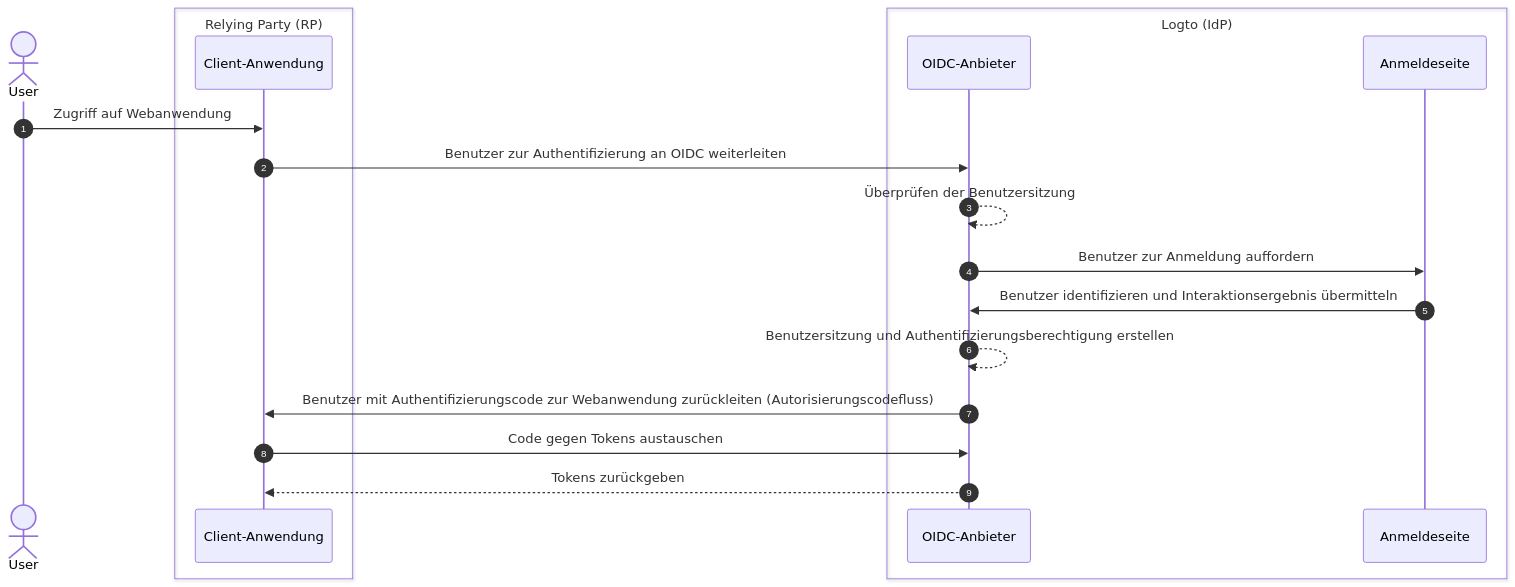
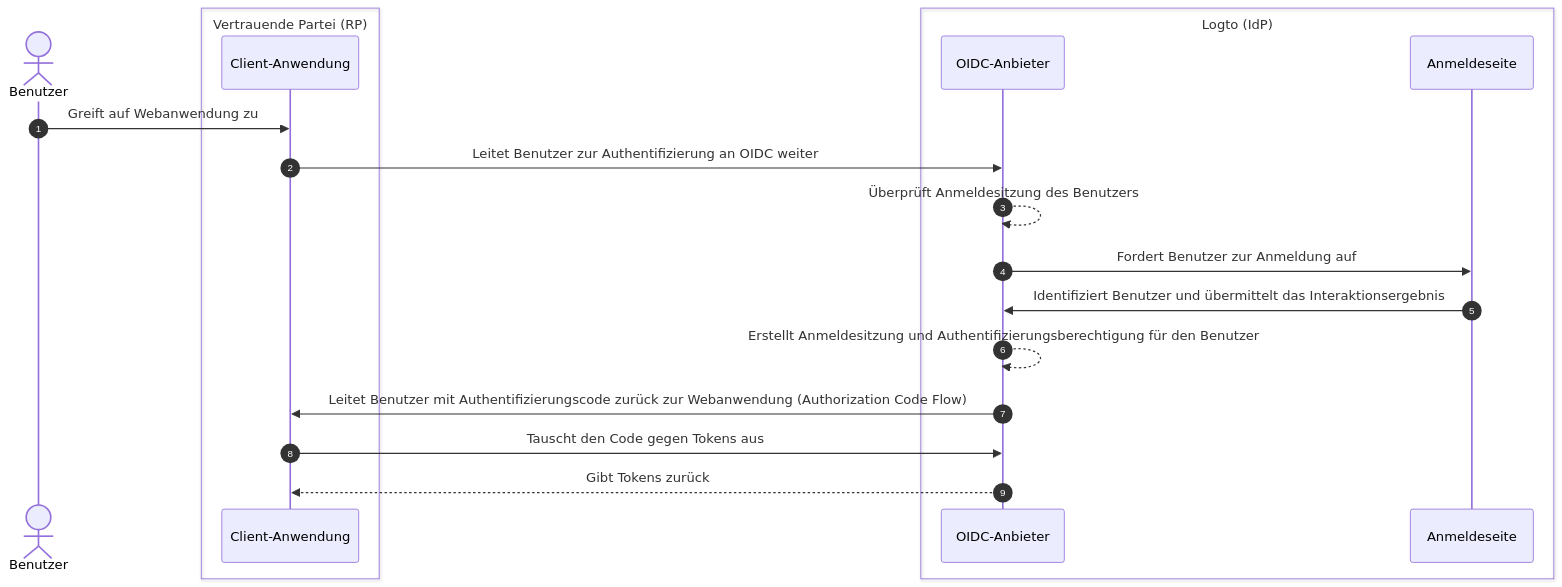
One commit to logto-io/docs changed the first of 3 diagrams in i18n/de/docusaurus-plugin-content-docs/current/end-user-flows/sign-out.mdx. Above: the diagram before and after it, drawn with Mermaid. The commit also changed other lines of this file and 162 other files, not shown here.

````diff
--- a/i18n/de/docusaurus-plugin-content-docs/current/end-user-flows/sign-out.mdx
+++ b/i18n/de/docusaurus-plugin-content-docs/current/end-user-flows/sign-out.mdx
@@ -13,24 +13,24 @@
 ```mermaid
   sequenceDiagram
     autonumber
-    actor User
+    actor Benutzer
 
-    box Relying Party (RP)
+    box Vertrauende Partei (RP)
       participant Client as Client-Anwendung
     end
 
     box Logto (IdP)
       participant OIDC as OIDC-Anbieter
       participant SignIn as Anmeldeseite
     end
 
-    User ->> Client: Zugriff auf Webanwendung
-    Client ->> OIDC: Benutzer zur Authentifizierung an OIDC weiterleiten
-    OIDC -->> OIDC: Überprüfen der Benutzersitzung
-    OIDC ->> SignIn: Benutzer zur Anmeldung auffordern
-    SignIn ->> OIDC: Benutzer identifizieren und Interaktionsergebnis übermitteln
-    OIDC -->> OIDC: Benutzersitzung und Authentifizierungsberechtigung erstellen
-    OIDC ->> Client: Benutzer mit Authentifizierungscode zur Webanwendung zurückleiten (Autorisierungscodefluss)
-    Client ->> OIDC: Code gegen Tokens austauschen
-    OIDC -->> Client: Tokens zurückgeben
+    Benutzer ->> Client: Greift auf Webanwendung zu
+    Client ->> OIDC: Leitet Benutzer zur Authentifizierung an OIDC weiter
+    OIDC -->> OIDC: Überprüft Anmeldesitzung des Benutzers
+    OIDC ->> SignIn: Fordert Benutzer zur Anmeldung auf
+    SignIn ->> OIDC: Identifiziert Benutzer und übermittelt das Interaktionsergebnis
+    OIDC -->> OIDC: Erstellt Anmeldesitzung und Authentifizierungsberechtigung für den Benutzer
+    OIDC ->> Client: Leitet Benutzer mit Authentifizierungscode zurück zur Webanwendung (Authorization Code Flow)
+    Client ->> OIDC: Tauscht den Code gegen Tokens aus
+    OIDC -->> Client: Gibt Tokens zurück
 ```
````
